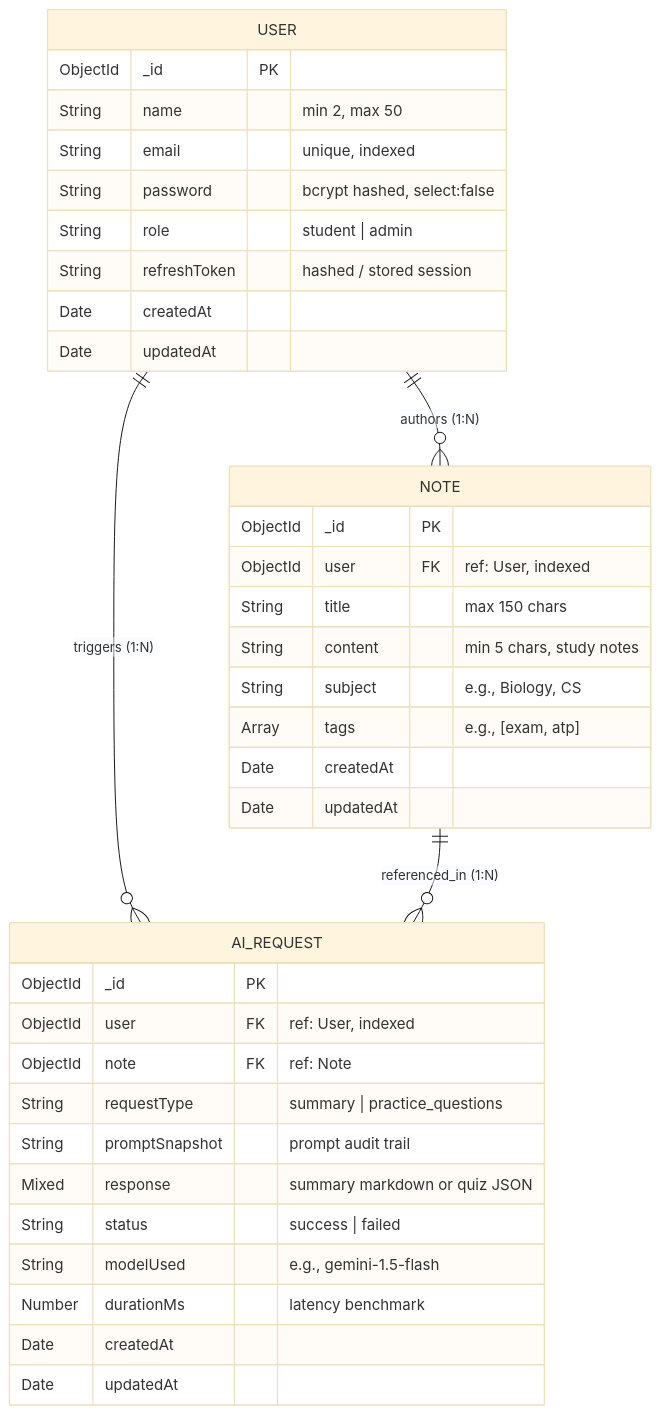
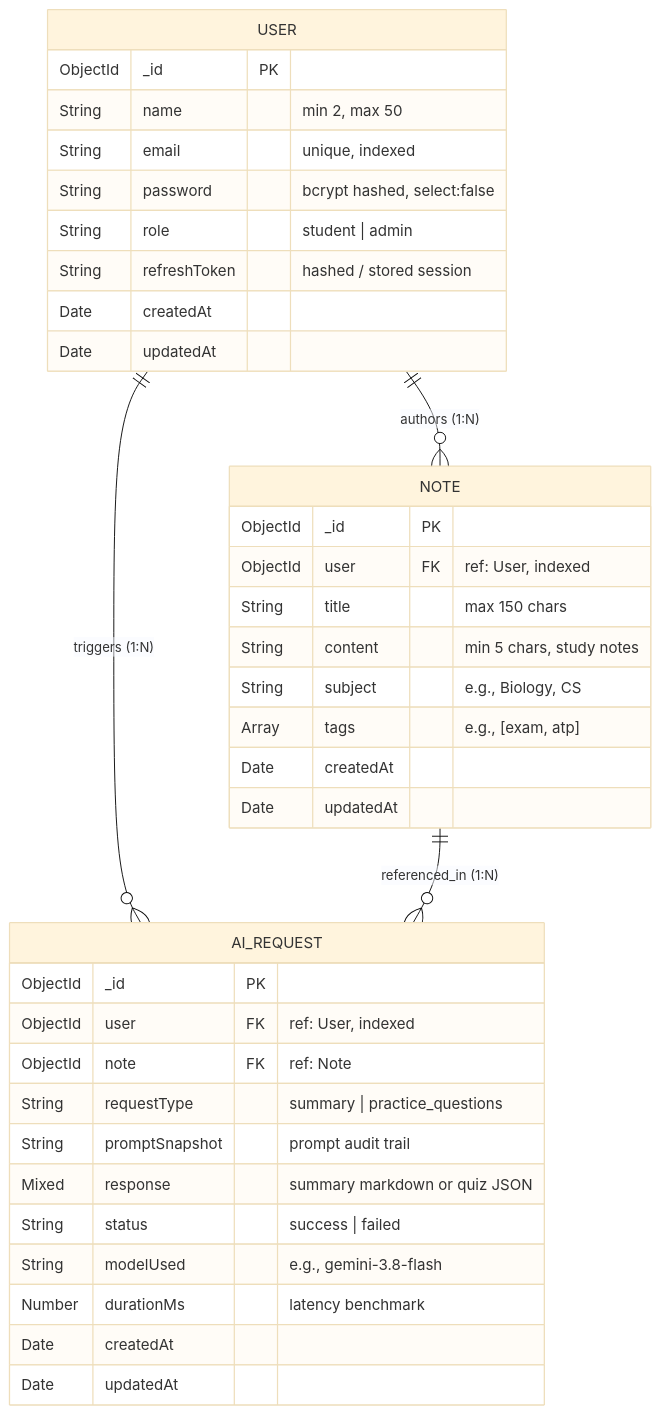
One commit to Shreyanshkumar2005/Study_Buddy_AI changed the diagram in DATABASE_SCHEMA.md. Above: the diagram before and after it, drawn with Mermaid (base theme). The commit also changed 6 other files, not shown here.

Commit message:
fix: optimize Gemini model selection, resilient timeout and question normalization

````diff
--- a/DATABASE_SCHEMA.md
+++ b/DATABASE_SCHEMA.md
@@ -9,42 +9,42 @@
 ```mermaid
 erDiagram
     USER ||--o{ NOTE : "authors (1:N)"
     USER ||--o{ AI_REQUEST : "triggers (1:N)"
     NOTE ||--o{ AI_REQUEST : "referenced_in (1:N)"
 
     USER {
         ObjectId _id PK
         String name "min 2, max 50"
         String email "unique, indexed"
         String password "bcrypt hashed, select:false"
         String role "student | admin"
         String refreshToken "hashed / stored session"
         Date createdAt
         Date updatedAt
     }
 
     NOTE {
         ObjectId _id PK
         ObjectId user FK "ref: User, indexed"
         String title "max 150 chars"
         String content "min 5 chars, study notes"
         String subject "e.g., Biology, CS"
         Array tags "e.g., [exam, atp]"
         Date createdAt
         Date updatedAt
     }
 
     AI_REQUEST {
         ObjectId _id PK
         ObjectId user FK "ref: User, indexed"
         ObjectId note FK "ref: Note"
         String requestType "summary | practice_questions"
         String promptSnapshot "prompt audit trail"
         Mixed response "summary markdown or quiz JSON"
         String status "success | failed"
-        String modelUsed "e.g., gemini-1.5-flash"
+        String modelUsed "e.g., gemini-3.8-flash"
         Number durationMs "latency benchmark"
         Date createdAt
         Date updatedAt
     }
 ```
````
